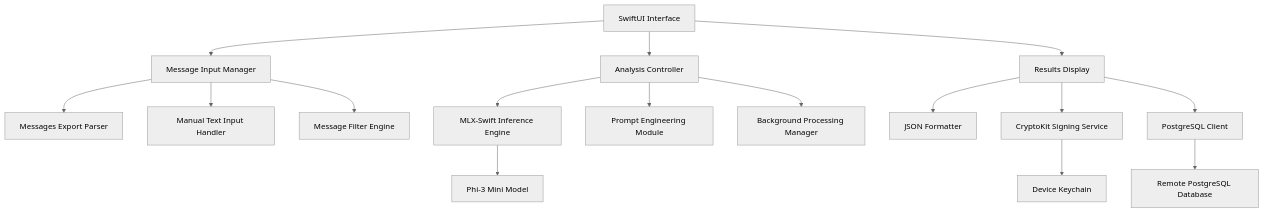
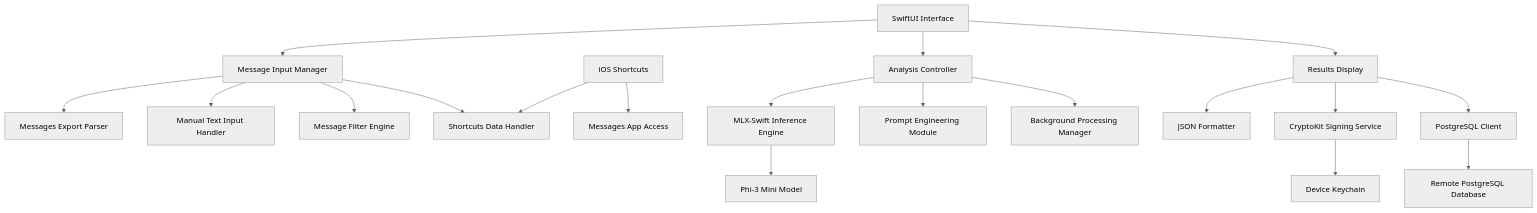
One commit to Cobeml/message-credit-ios changed the diagram in .kiro/specs/privacy-credit-analyzer/design.md. Above: the diagram before and after it, drawn with Mermaid (neutral theme). The commit also changed other lines of this file and 8 other files, not shown here.

````diff
--- a/.kiro/specs/privacy-credit-analyzer/design.md
+++ b/.kiro/specs/privacy-credit-analyzer/design.md
@@ -35,22 +35,26 @@
 ```mermaid
 graph TB
     A[SwiftUI Interface] --> B[Message Input Manager]
     A --> C[Analysis Controller]
     A --> D[Results Display]
     
     B --> E[Messages Export Parser]
     B --> F[Manual Text Input Handler]
     B --> G[Message Filter Engine]
+    B --> H[Shortcuts Data Handler]
     
-    C --> H[MLX-Swift Inference Engine]
-    C --> I[Prompt Engineering Module]
-    C --> J[Background Processing Manager]
+    I[iOS Shortcuts] --> H
+    I --> J[Messages App Access]
     
-    D --> K[JSON Formatter]
-    D --> L[CryptoKit Signing Service]
-    D --> M[PostgreSQL Client]
+    C --> K[MLX-Swift Inference Engine]
+    C --> L[Prompt Engineering Module]
+    C --> M[Background Processing Manager]
     
-    H --> N[Phi-3 Mini Model]
-    L --> O[Device Keychain]
-    M --> P[Remote PostgreSQL Database]
+    D --> N[JSON Formatter]
+    D --> O[CryptoKit Signing Service]
+    D --> P[PostgreSQL Client]
+    
+    K --> Q[Phi-3 Mini Model]
+    O --> R[Device Keychain]
+    P --> S[Remote PostgreSQL Database]
 ```
````
